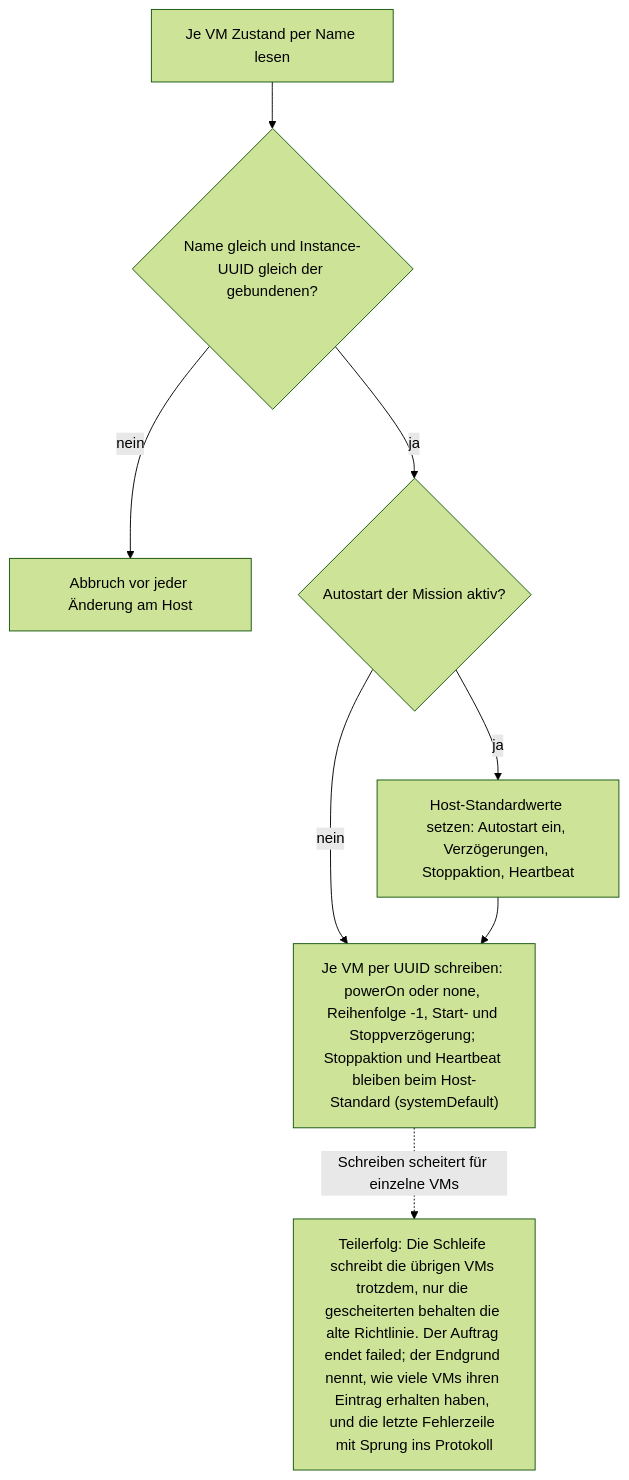
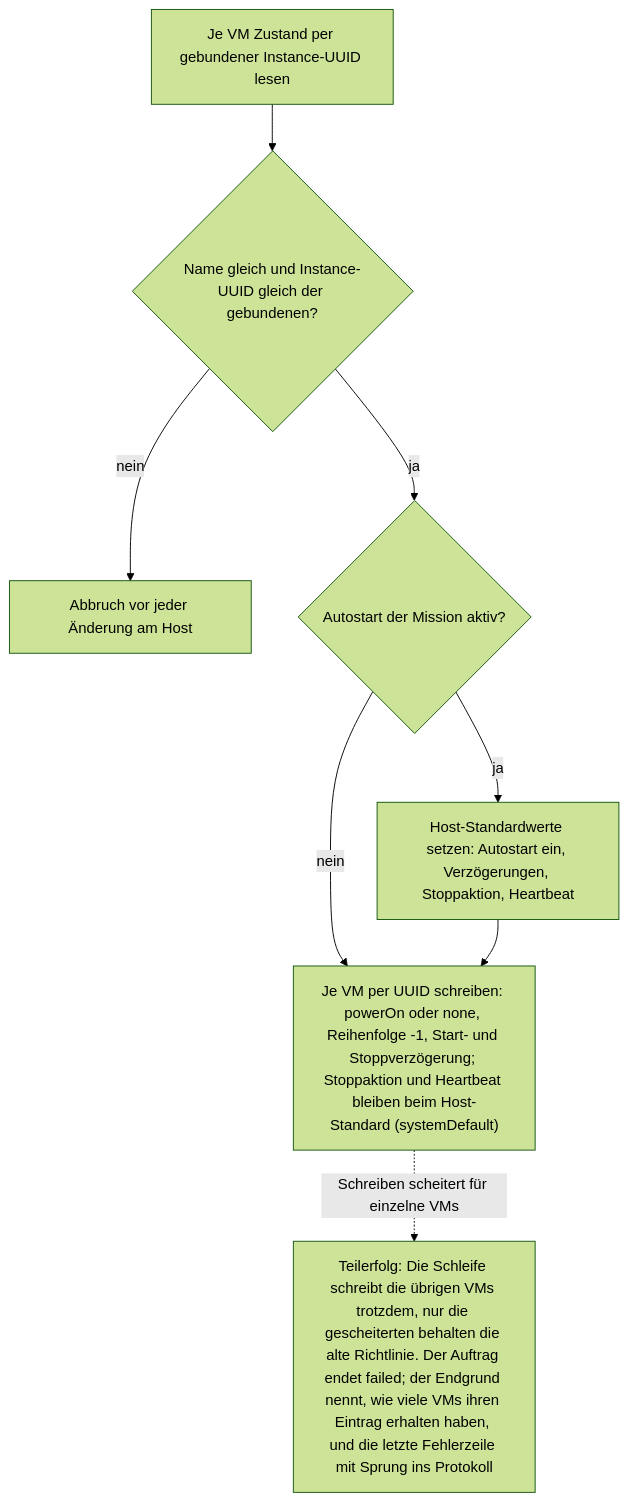
Diagram 12 of 13 in docs/operations/deploy-flows.md (Samy94M/VirtuSphere-v2-WebApp), drawn with Mermaid (forest theme) before and after one commit. The commit also changed other lines of this file and 31 other files, not shown here.

````diff
--- a/docs/operations/deploy-flows.md
+++ b/docs/operations/deploy-flows.md
@@ -394,10 +394,10 @@
 ```mermaid
 flowchart TD
-  A["Je VM Zustand per Name lesen"] --> B{"Name gleich und Instance-UUID gleich der gebundenen?"}
+  A["Je VM Zustand per gebundener Instance-UUID lesen"] --> B{"Name gleich und Instance-UUID gleich der gebundenen?"}
   B -->|nein| BX["Abbruch vor jeder Änderung am Host"]
   B -->|ja| C{"Autostart der Mission aktiv?"}
   C -->|ja| D["Host-Standardwerte setzen: Autostart ein, Verzögerungen, Stoppaktion, Heartbeat"]
   C -->|nein| E
   D --> E["Je VM per UUID schreiben: powerOn oder none, Reihenfolge -1, Start- und Stoppverzögerung; Stoppaktion und Heartbeat bleiben beim Host-Standard (systemDefault)"]
   E -.->|Schreiben scheitert für einzelne VMs| EX["Teilerfolg: Die Schleife schreibt die übrigen VMs trotzdem, nur die gescheiterten behalten die alte Richtlinie. Der Auftrag endet failed; der Endgrund nennt, wie viele VMs ihren Eintrag erhalten haben, und die letzte Fehlerzeile mit Sprung ins Protokoll"]
 ```
````
